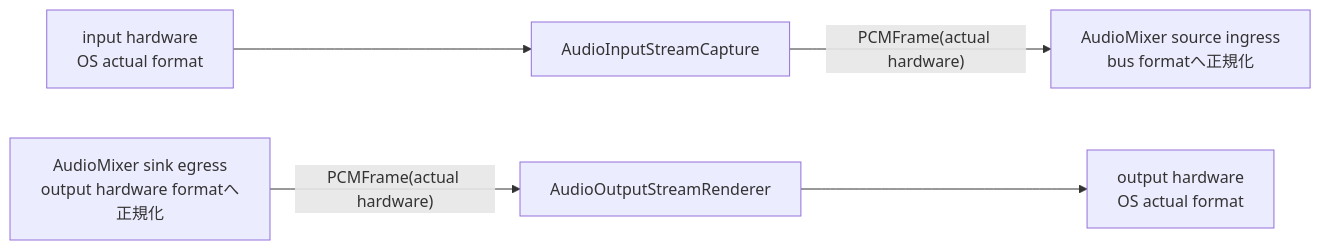
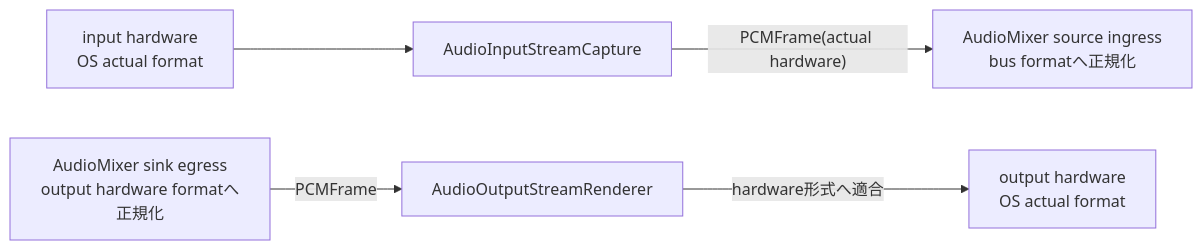
One commit to eroccowaruico/RideIntercom changed the fourth of 4 diagrams in docs/spec/packages/Audio/SessionManager.md. Above: the diagram before and after it, drawn with Mermaid. The commit also changed other lines of this file and 15 other files, not shown here.

````diff
--- a/docs/spec/packages/Audio/SessionManager.md
+++ b/docs/spec/packages/Audio/SessionManager.md
@@ -433,12 +439,12 @@
 ```mermaid
 flowchart LR
     HWIn["input hardware\nOS actual format"]
     Capture["AudioInputStreamCapture"]
     MixerIn["AudioMixer source ingress\nbus formatへ正規化"]
     MixerOut["AudioMixer sink egress\noutput hardware formatへ正規化"]
     Renderer["AudioOutputStreamRenderer"]
     HWOut["output hardware\nOS actual format"]
 
     HWIn --> Capture -->|"PCMFrame(actual hardware)"| MixerIn
-    MixerOut -->|"PCMFrame(actual hardware)"| Renderer --> HWOut
+    MixerOut -->|"PCMFrame"| Renderer -->|"hardware形式へ適合"| HWOut
 ```
````
